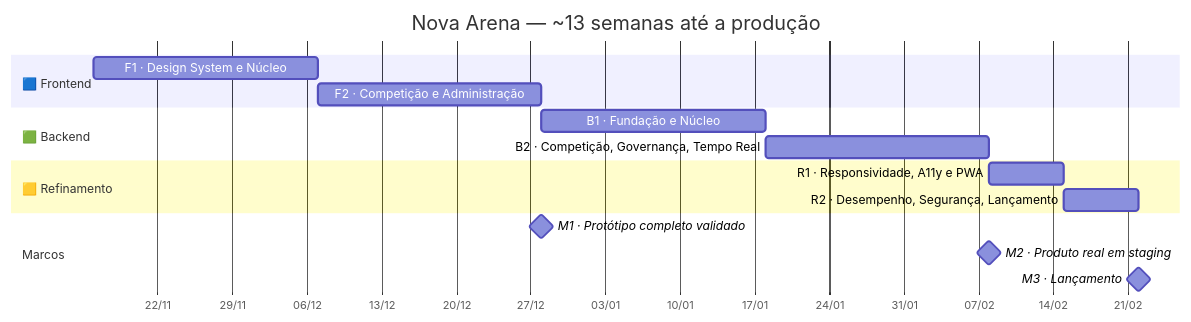
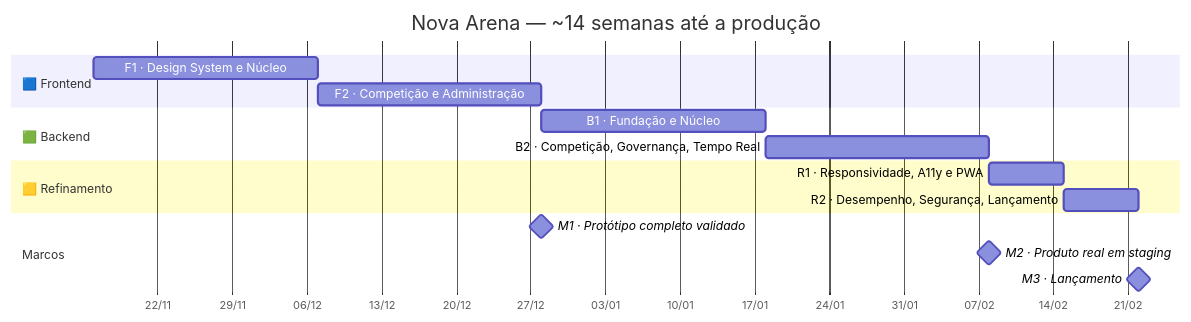
Before and after one commit to pauloj-dev/Nova-Arena: the fourth of 5 diagrams in plano-de-implementacao.md, drawn with Mermaid. The commit also changed other lines of this file, not shown here.

````diff
--- a/plano-de-implementacao.md
+++ b/plano-de-implementacao.md
@@ -86,23 +203,23 @@
 ```mermaid
 gantt
-    title Nova Arena — ~13 semanas até a produção
+    title Nova Arena — ~14 semanas até a produção
     dateFormat YYYY-MM-DD
     axisFormat %d/%m
 
     section 🟦 Frontend
     F1 · Design System e Núcleo           :f1, 2026-11-16, 21d
     F2 · Competição e Administração       :f2, after f1, 21d
 
     section 🟩 Backend
     B1 · Fundação e Núcleo                :b1, after f2, 21d
     B2 · Competição, Governança, Tempo Real :b2, after b1, 21d
 
     section 🟨 Refinamento
     R1 · Responsividade, A11y e PWA       :r1, after b2, 7d
     R2 · Desempenho, Segurança, Lançamento :r2, after r1, 7d
 
     section Marcos
     M1 · Protótipo completo validado      :milestone, after f2, 0d
     M2 · Produto real em staging          :milestone, after b2, 0d
     M3 · Lançamento                       :milestone, after r2, 0d
 ```
````
